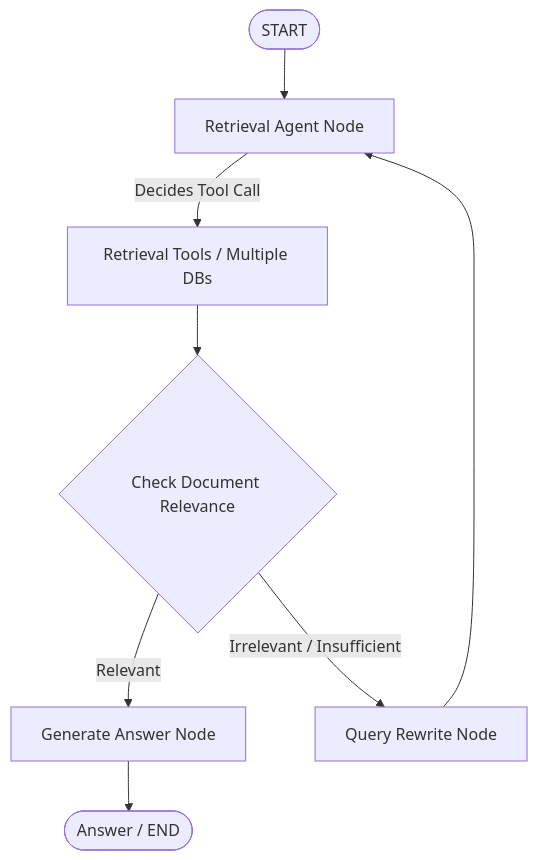
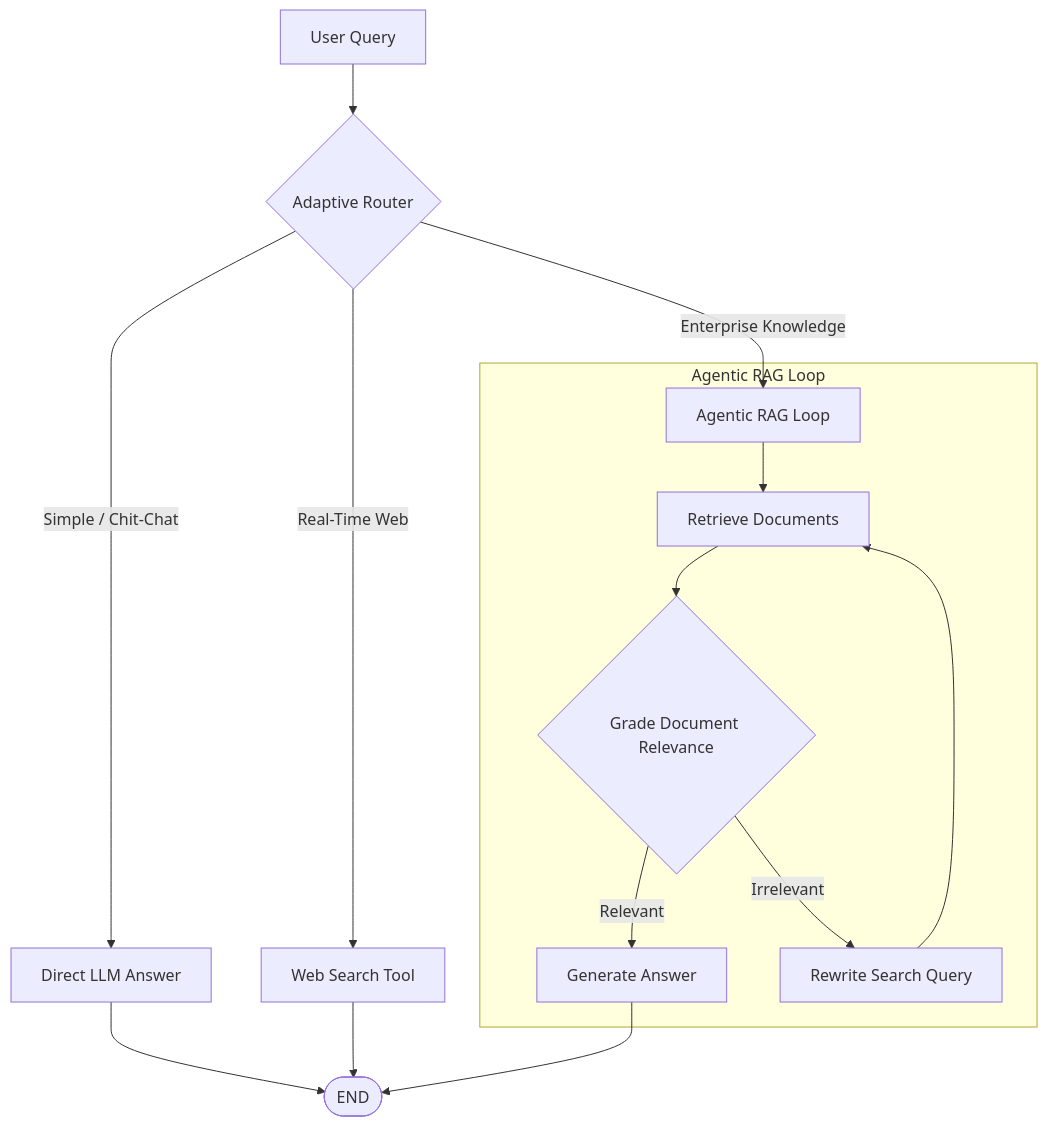
One commit to Shivanshvyas1729/Krish_naik_rag_notes2 changed the second of 3 diagrams in README.md. Above: the diagram before and after it, drawn with Mermaid. The commit also changed other lines of this file and 7 other files, not shown here.

````diff
--- a/README.md
+++ b/README.md
@@ -539,12 +358,19 @@
 ```mermaid
 flowchart TD
-    START([START]) --> Agent["Retrieval Agent Node"]
-    Agent -->|"Decides Tool Call"| Tool["Retrieval Tools / Multiple DBs"]
-    Tool --> Grade{"Check Document Relevance"}
+    UserQuery["User Query"] --> Route{"Adaptive Router"}
+    Route -->|"Simple / Chit-Chat"| Direct["Direct LLM Answer"]
+    Route -->|"Real-Time Web"| Web["Web Search Tool"]
+    Route -->|"Enterprise Knowledge"| AgenticRAG["Agentic RAG Loop"]
     
-    Grade -->|"Relevant"| Gen["Generate Answer Node"]
-    Grade -->|"Irrelevant / Insufficient"| Rewrite["Query Rewrite Node"]
+    subgraph Agentic RAG Loop
+        AgenticRAG --> Retrieve["Retrieve Documents"]
+        Retrieve --> Grade{"Grade Document Relevance"}
+        Grade -->|"Relevant"| Generate["Generate Answer"]
+        Grade -->|"Irrelevant"| Rewrite["Rewrite Search Query"]
+        Rewrite --> Retrieve
+    end
     
-    Rewrite --> Agent
-    Gen --> END([Answer / END])
+    Direct --> END([END])
+    Web --> END
+    Generate --> END
 ```
````
